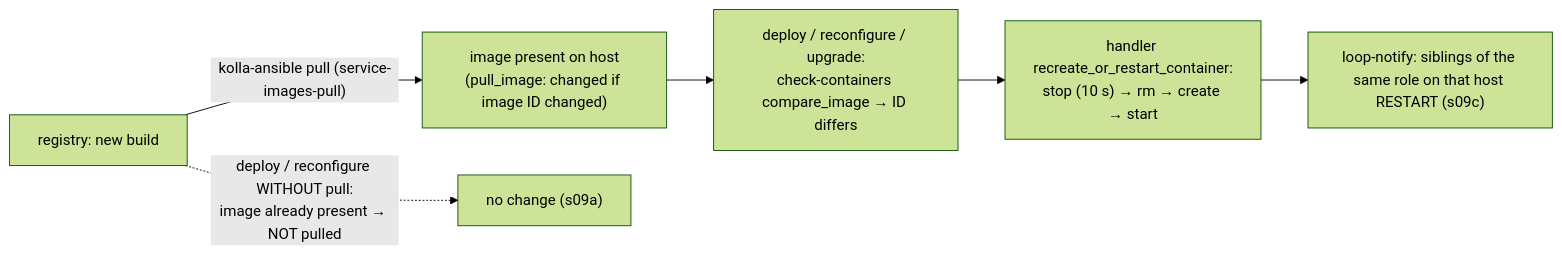
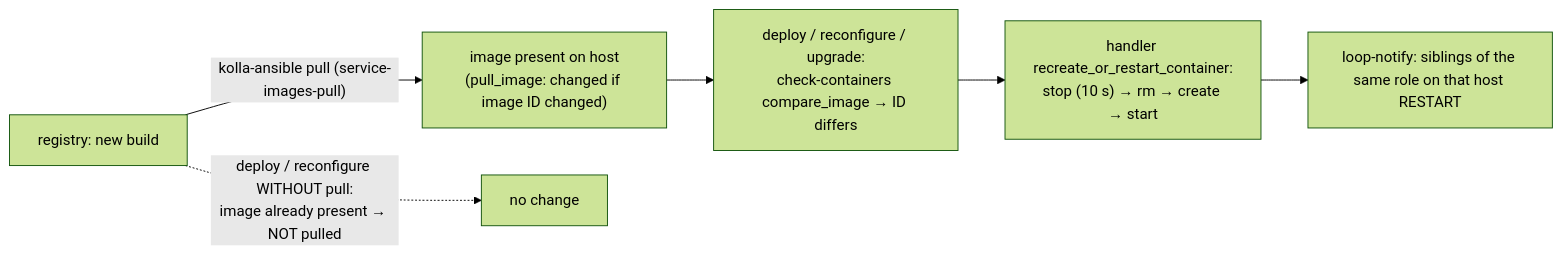
One commit to OzarLand/kolla-ansible-academy changed the second of 2 diagrams in docs/07-day2-operational-impact.md. Above: the diagram before and after it, drawn with Mermaid (forest theme). The commit also changed other lines of this file and 17 other files, not shown here.

````diff
--- a/docs/07-day2-operational-impact.md
+++ b/docs/07-day2-operational-impact.md
@@ -232,8 +235,8 @@
 ```mermaid
 flowchart LR
   A["registry: new build"] -->|"kolla-ansible pull (service-images-pull)"| B["image present on host<br/>(pull_image: changed if image ID changed)"]
-  A -.->|"deploy / reconfigure WITHOUT pull:<br/>image already present → NOT pulled"| X["no change (s09a)"]
+  A -.->|"deploy / reconfigure WITHOUT pull:<br/>image already present → NOT pulled"| X["no change"]
   B --> C["deploy / reconfigure / upgrade:<br/>check-containers compare_image → ID differs"]
   C --> D["handler recreate_or_restart_container:<br/>stop (10 s) → rm → create → start"]
-  D --> E["loop-notify: siblings of the same role on that host RESTART (s09c)"]
+  D --> E["loop-notify: siblings of the same role on that host RESTART"]
 ```
````
